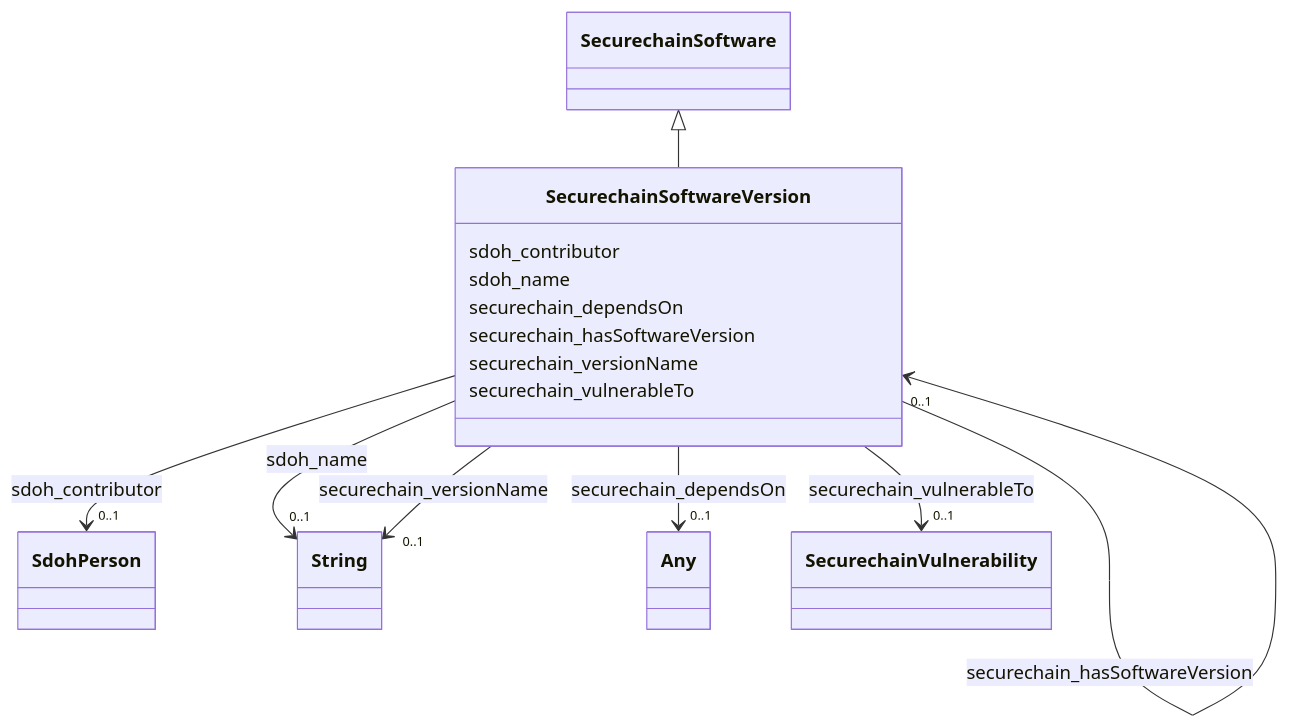
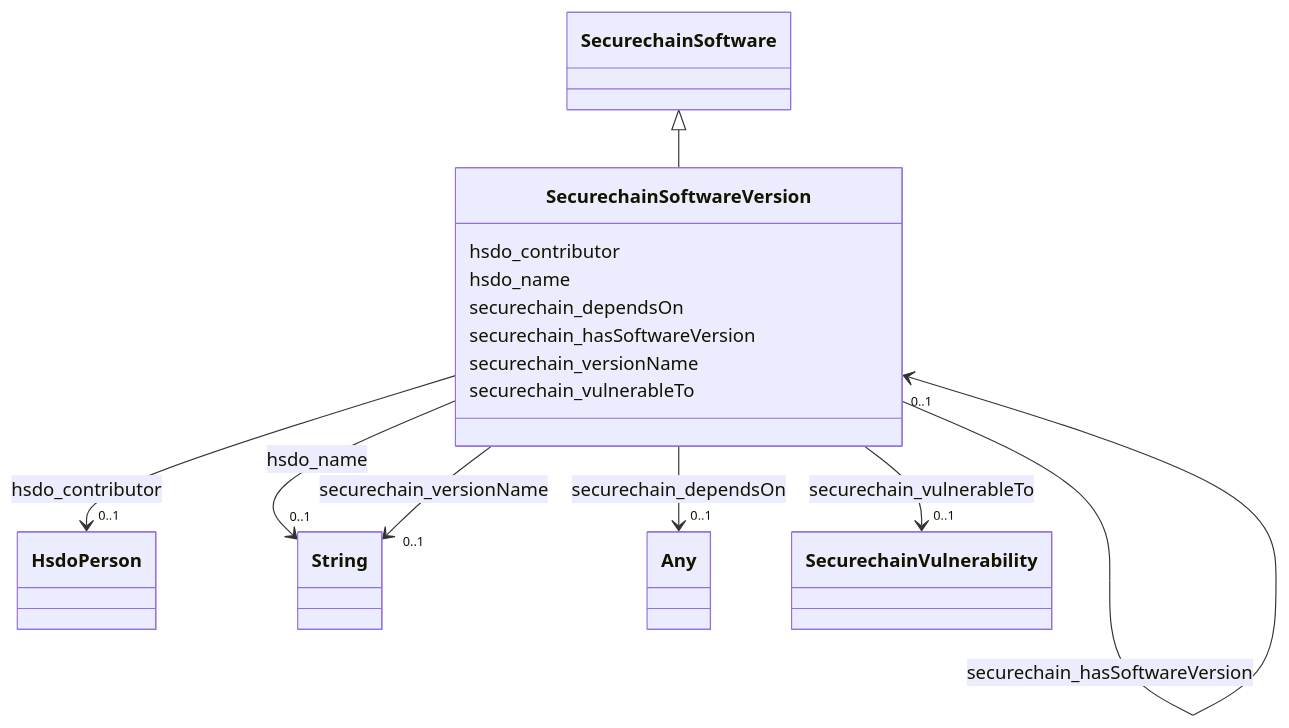
Before and after one commit to frink-okn/graph-descriptions: the diagram in secure-chain-kg/classes/SecurechainSoftwareVersion.md, drawn with Mermaid. The commit also changed other lines of this file and 45 other files, not shown here.

````diff
--- a/secure-chain-kg/classes/SecurechainSoftwareVersion.md
+++ b/secure-chain-kg/classes/SecurechainSoftwareVersion.md
@@ -19,63 +19,63 @@
 ```mermaid
  classDiagram
     class SecurechainSoftwareVersion
     click SecurechainSoftwareVersion href "../SecurechainSoftwareVersion"
       SecurechainSoftware <|-- SecurechainSoftwareVersion
         click SecurechainSoftware href "../SecurechainSoftware"
       
-      SecurechainSoftwareVersion : sdoh_contributor
+      SecurechainSoftwareVersion : hsdo_contributor
         
           
     
     
-    SecurechainSoftwareVersion --> "0..1" SdohPerson : sdoh_contributor
-    click SdohPerson href "../SdohPerson"
+    SecurechainSoftwareVersion --> "0..1" HsdoPerson : hsdo_contributor
+    click HsdoPerson href "../HsdoPerson"
 
         
-      SecurechainSoftwareVersion : sdoh_name
+      SecurechainSoftwareVersion : hsdo_name
         
           
     
     
-    SecurechainSoftwareVersion --> "0..1" String : sdoh_name
+    SecurechainSoftwareVersion --> "0..1" String : hsdo_name
     click String href "../String"
 
         
       SecurechainSoftwareVersion : securechain_dependsOn
         
           
     
     
     SecurechainSoftwareVersion --> "0..1" Any : securechain_dependsOn
     click Any href "../Any"
 
         
       SecurechainSoftwareVersion : securechain_hasSoftwareVersion
         
           
     
     
     SecurechainSoftwareVersion --> "0..1" SecurechainSoftwareVersion : securechain_hasSoftwareVersion
     click SecurechainSoftwareVersion href "../SecurechainSoftwareVersion"
 
         
       SecurechainSoftwareVersion : securechain_versionName
         
           
     
     
     SecurechainSoftwareVersion --> "0..1" String : securechain_versionName
     click String href "../String"
 
         
       SecurechainSoftwareVersion : securechain_vulnerableTo
         
           
     
     
     SecurechainSoftwareVersion --> "0..1" SecurechainVulnerability : securechain_vulnerableTo
     click SecurechainVulnerability href "../SecurechainVulnerability"
 
         
       
 ```
````
